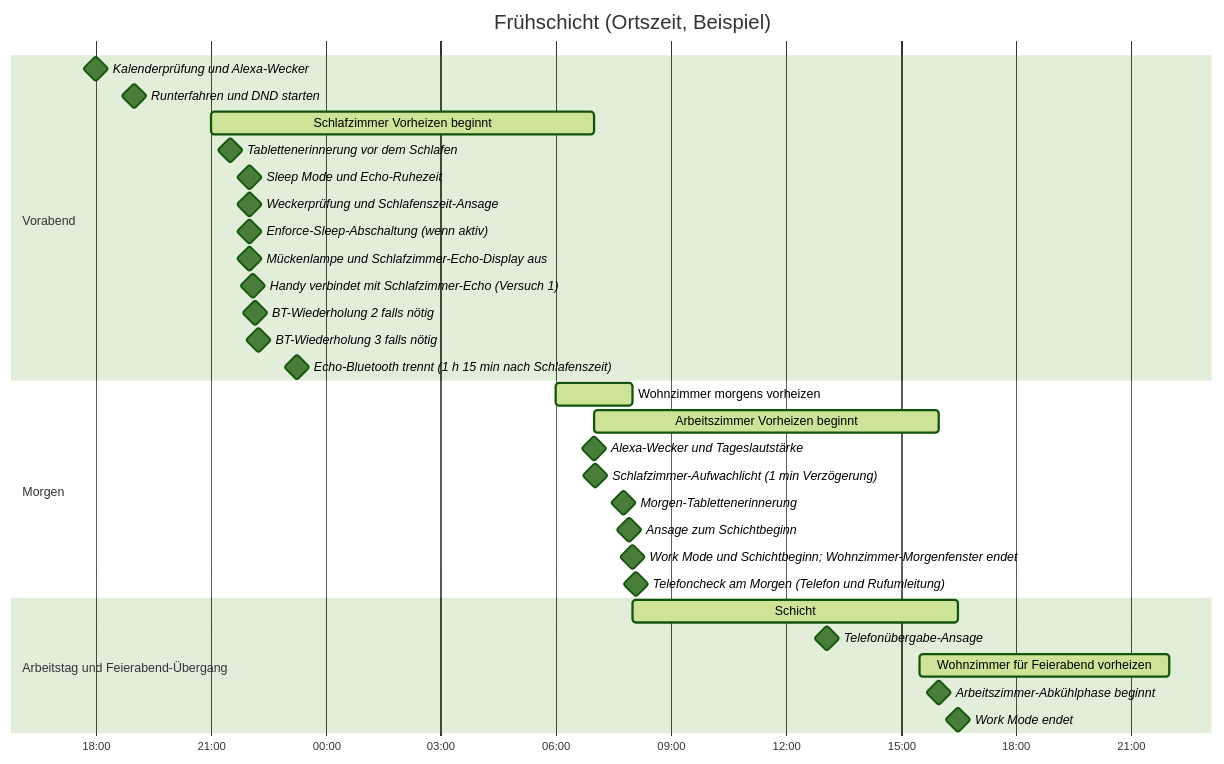
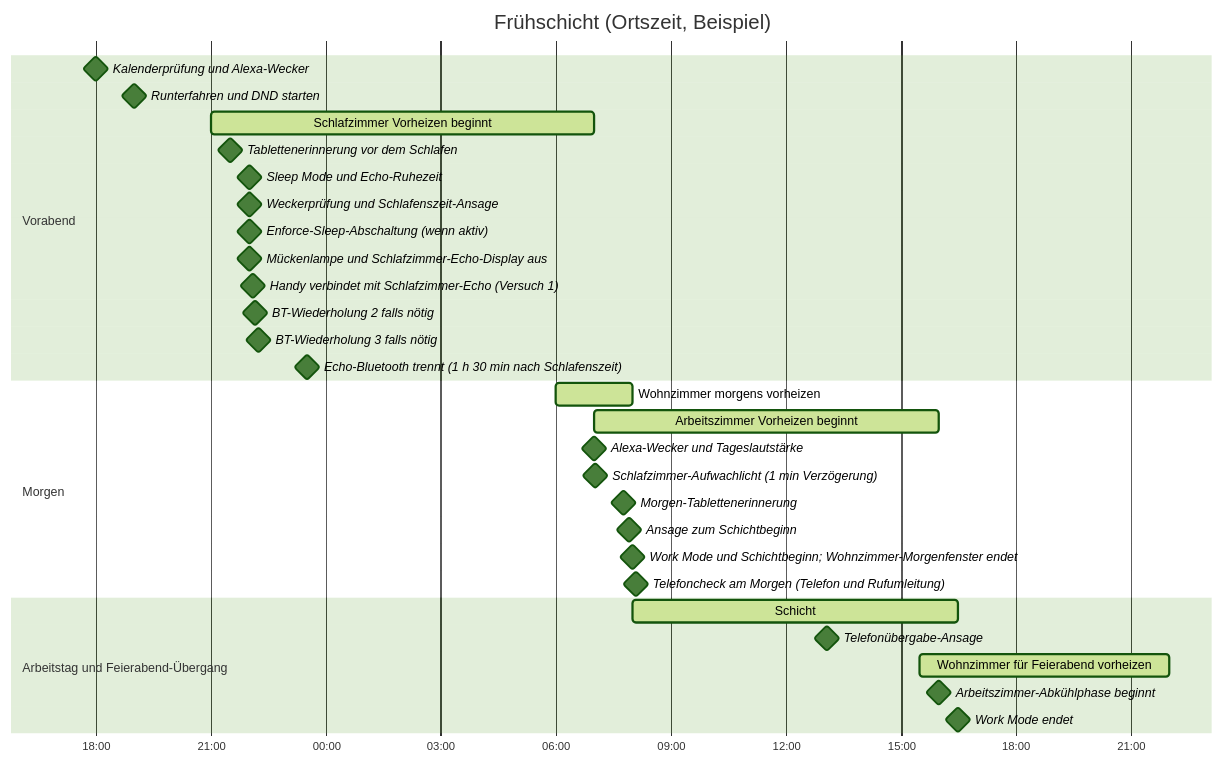
The third of 3 diagrams in README.de.md (theniwo/homeassistant), drawn with Mermaid (forest theme) before and after one commit. The commit also changed other lines of this file and 4 other files, not shown here.

````diff
--- a/README.de.md
+++ b/README.de.md
@@ -190,34 +192,34 @@
 ```mermaid
 gantt
     title Frühschicht (Ortszeit, Beispiel)
     dateFormat YYYY-MM-DD HH:mm
     axisFormat %H:%M
     section Vorabend
     Kalenderprüfung und Alexa-Wecker :milestone, 2026-10-27 18:00, 0m
     Runterfahren und DND starten :milestone, 2026-10-27 19:00, 0m
     Schlafzimmer Vorheizen beginnt :active, 2026-10-27 21:00, 600m
     Tablettenerinnerung vor dem Schlafen :milestone, 2026-10-27 21:30, 0m
     Sleep Mode und Echo-Ruhezeit :milestone, 2026-10-27 22:00, 0m
     Weckerprüfung und Schlafenszeit-Ansage :milestone, 2026-10-27 22:00, 0m
     Enforce-Sleep-Abschaltung (wenn aktiv) :milestone, 2026-10-27 22:00, 0m
     Mückenlampe und Schlafzimmer-Echo-Display aus :milestone, 2026-10-27 22:00, 0m
     Handy verbindet mit Schlafzimmer-Echo (Versuch 1) :milestone, 2026-10-27 22:05, 0m
     BT-Wiederholung 2 falls nötig :milestone, 2026-10-27 22:10, 0m
     BT-Wiederholung 3 falls nötig :milestone, 2026-10-27 22:15, 0m
-    Echo-Bluetooth trennt (1 h 15 min nach Schlafenszeit) :milestone, 2026-10-27 23:15, 0m
+    Echo-Bluetooth trennt (1 h 30 min nach Schlafenszeit) :milestone, 2026-10-27 23:30, 0m
     section Morgen
     Wohnzimmer morgens vorheizen :active, 2026-10-28 06:00, 120m
     Arbeitszimmer Vorheizen beginnt :active, 2026-10-28 07:00, 540m
     Alexa-Wecker und Tageslautstärke :milestone, 2026-10-28 07:00, 0m
     Schlafzimmer-Aufwachlicht (1 min Verzögerung) :milestone, 2026-10-28 07:01, 0m
     Morgen-Tablettenerinnerung :milestone, 2026-10-28 07:45, 0m
     Ansage zum Schichtbeginn :milestone, 2026-10-28 07:55, 0m
     Work Mode und Schichtbeginn; Wohnzimmer-Morgenfenster endet :milestone, 2026-10-28 08:00, 0m
     Telefoncheck am Morgen (Telefon und Rufumleitung) :milestone, 2026-10-28 08:05, 0m
     section Arbeitstag und Feierabend-Übergang
     Schicht :active, 2026-10-28 08:00, 510m
     Telefonübergabe-Ansage :milestone, 2026-10-28 13:05, 0m
     Wohnzimmer für Feierabend vorheizen :active, 2026-10-28 15:30, 390m
     Arbeitszimmer-Abkühlphase beginnt :milestone, 2026-10-28 16:00, 0m
     Work Mode endet :milestone, 2026-10-28 16:30, 0m
 ```
````
